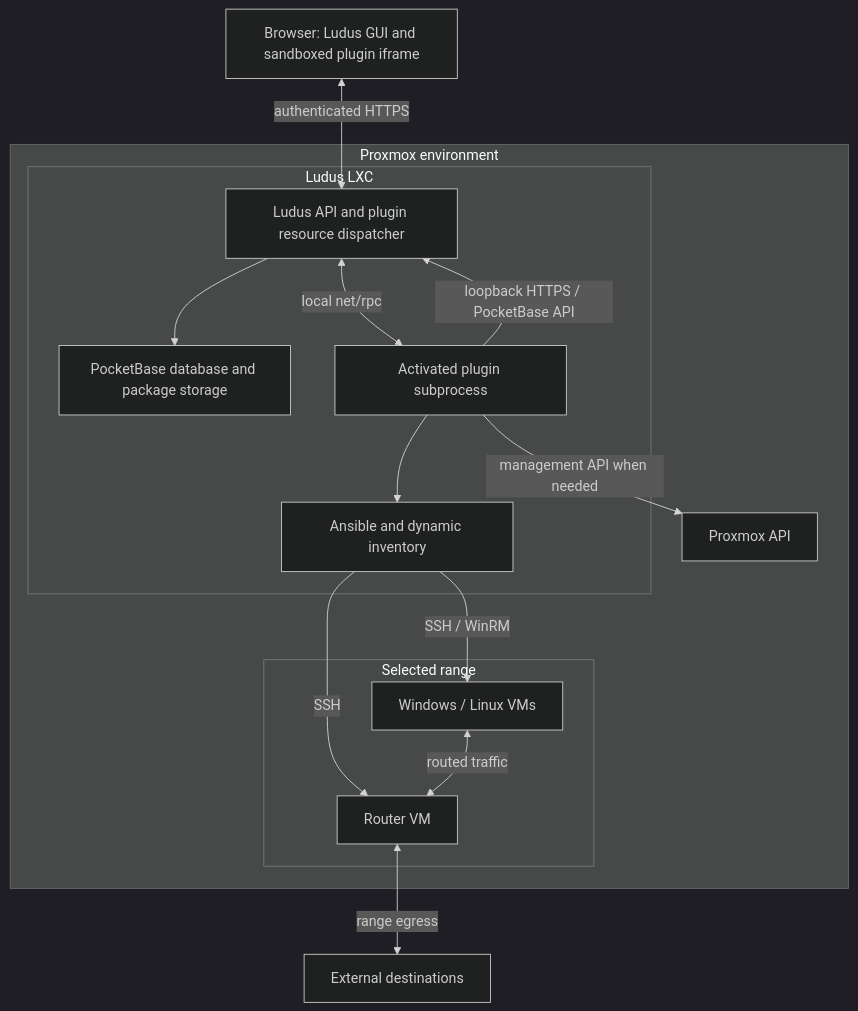
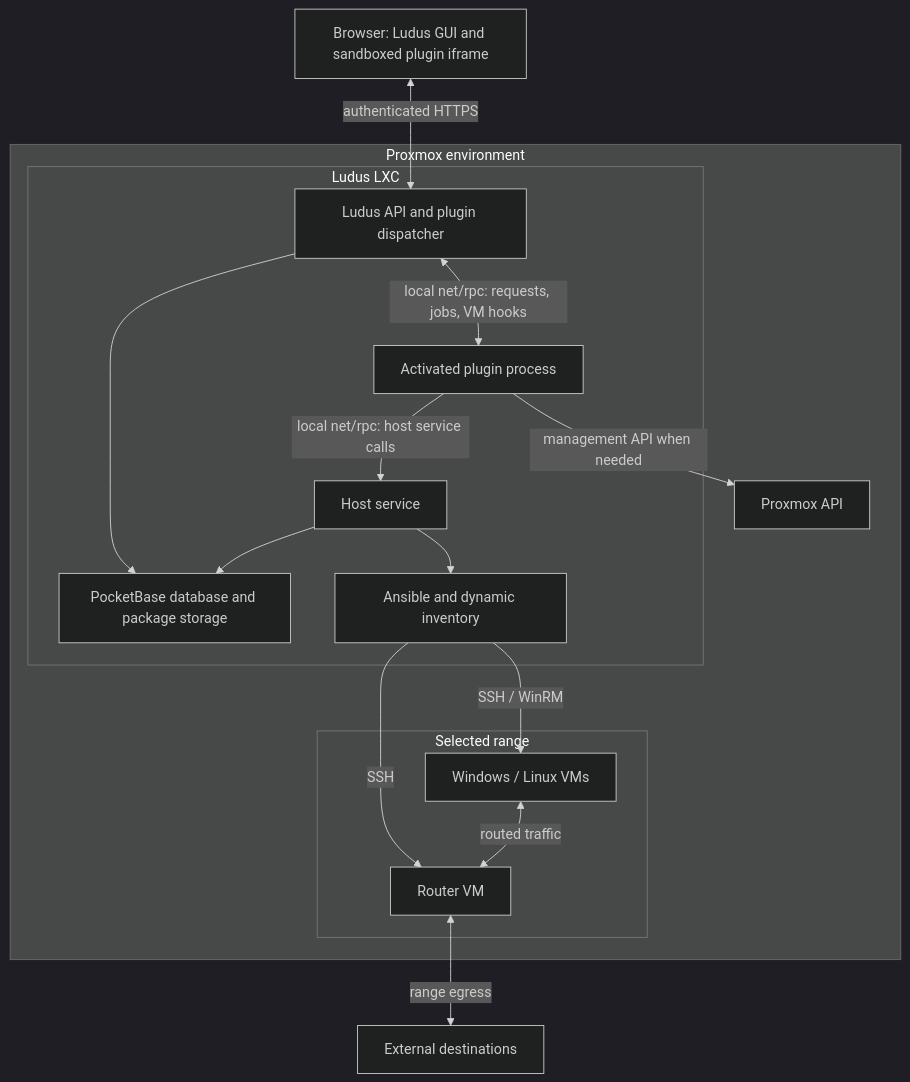
Before and after one commit to badsectorlabs/ludus: the diagram in docs/docs/developers/rpc-plugins.md, drawn with Mermaid (dark theme). The commit also changed other lines of this file and 83 other files, not shown here.

First line of the commit message:
feat(server): ✨ redesign plugins to use RPC and an SDK instead of plugins requesting their own authenticated PB and API data

````diff
--- a/docs/docs/developers/rpc-plugins.md
+++ b/docs/docs/developers/rpc-plugins.md
@@ -30,27 +32,29 @@
 ```mermaid
 flowchart TB
   Browser["Browser: Ludus GUI and sandboxed plugin iframe"]
   subgraph Proxmox["Proxmox environment"]
     PVE["Proxmox API"]
     subgraph Appliance["Ludus LXC"]
-      API["Ludus API and plugin resource dispatcher"]
+      API["Ludus API and plugin dispatcher"]
       DB["PocketBase database and package storage"]
-      Plugin["Activated plugin subprocess"]
+      Host["Host service"]
+      Plugin["Activated plugin process"]
       Ansible["Ansible and dynamic inventory"]
       API --> DB
-      API <-->|"local net/rpc"| Plugin
-      Plugin -->|"loopback HTTPS / PocketBase API"| API
-      Plugin --> Ansible
+      API <-->|"local net/rpc: requests, jobs, VM hooks"| Plugin
+      Plugin -->|"local net/rpc: host service calls"| Host
+      Host --> DB
+      Host --> Ansible
     end
     subgraph Range["Selected range"]
       Router["Router VM"]
       Guests["Windows / Linux VMs"]
     end
     Ansible -->|"SSH"| Router
     Ansible -->|"SSH / WinRM"| Guests
     Plugin -->|"management API when needed"| PVE
     Guests <-->|"routed traffic"| Router
   end
   Browser <-->|"authenticated HTTPS"| API
   Router <-->|"range egress"| Internet["External destinations"]
 ```
````
